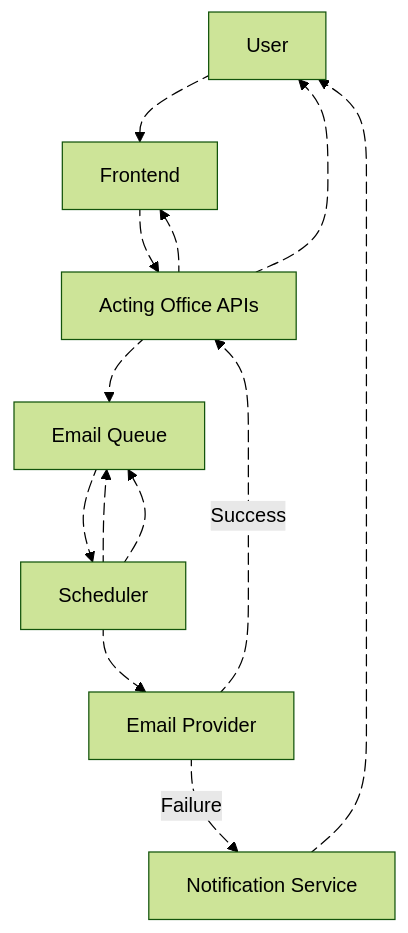
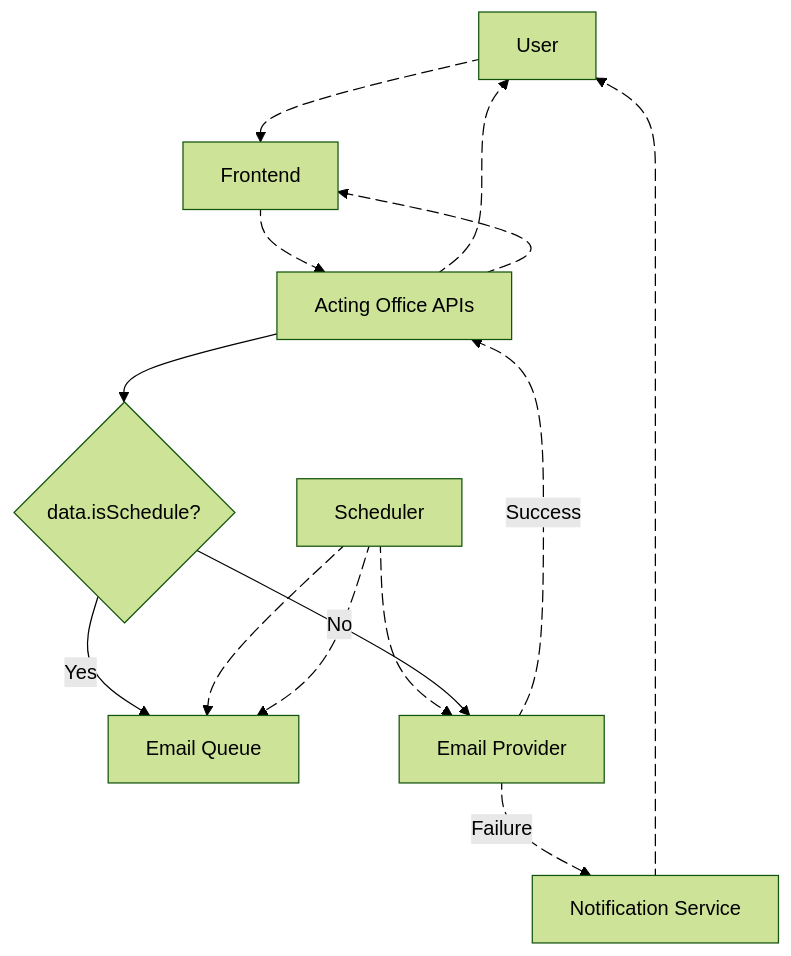
Before and after one commit to Harshita-capsitech/EmailDocs: the eighth of 12 diagrams in overAll.md, drawn with Mermaid (forest theme). The commit also changed other lines of this file, not shown here.

````diff
--- a/overAll.md
+++ b/overAll.md
@@ -378,32 +417,41 @@
 ```mermaid
 graph TD
     U[User] edge1@--> FE[Frontend]
     FE edge2@--> API[Acting Office APIs]
-    API edge3@--> Q[Email Queue]
-    API edge4@--> FE
 
+    %% DECISION
+    API --> D{data.isSchedule?}
+
+    %% SCHEDULE FLOW (clean)
+    D -- Yes --> Q[Email Queue]
     S[Scheduler] edge5@--> Q
-    Q edge6@--> S
     S edge7@--> P[Email Provider]
 
+    %% IMMEDIATE SEND FLOW
+    D -- No --> P
+
+    %% SUCCESS FLOW
     P edge8@-->|Success| API
     API edge9@--> U
 
+    %% FAILURE FLOW
     P edge10@-->|Failure| NS[Notification Service]
     NS edge11@--> U
     S edge12@--> Q
 
+    %% FRONTEND CALLBACK
+    API edge4@--> FE
+
+    %% ANIMATIONS
     edge1@{ animate: fast }
     edge2@{ animate: fast }
-    edge3@{ animate: fast }
     edge4@{ animate: fast }
     edge5@{ animate: fast }
-    edge6@{ animate: fast }
     edge7@{ animate: fast }
     edge8@{ animate: fast }
     edge9@{ animate: fast }
     edge10@{ animate: fast }
     edge11@{ animate: fast }
     edge12@{ animate: fast }
 
 ```
````
